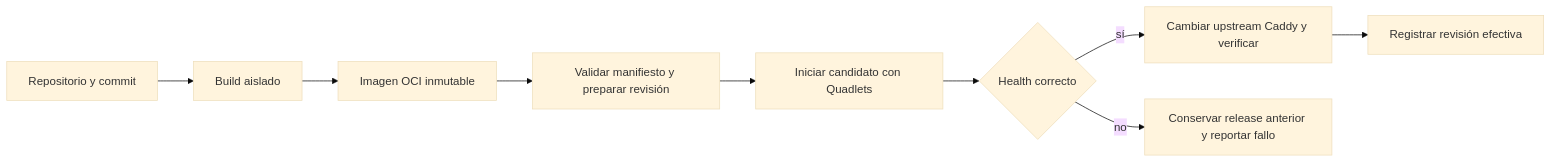
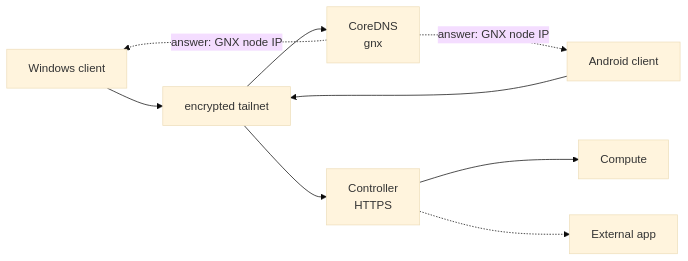
One commit to mayas-alas/quetzalcoatl changed the first of 2 diagrams in docs/POC.md. Above: the diagram before and after it, drawn with Mermaid (base theme). The commit also changed other lines of this file and 1 other file, not shown here.

````diff
--- a/docs/POC.md
+++ b/docs/POC.md
@@ -116,11 +46,13 @@
 ```mermaid
 flowchart LR
-    REPO["Repositorio y commit"] --> BUILD["Build aislado"]
-    BUILD --> IMAGE["Imagen OCI inmutable"]
-    IMAGE --> PLAN["Validar manifiesto y preparar revisión"]
-    PLAN --> START["Iniciar candidato con Quadlets"]
-    START --> HEALTH{"Health correcto"}
-    HEALTH -->|"sí"| SWITCH["Cambiar upstream Caddy y verificar"]
-    HEALTH -->|"no"| KEEP["Conservar release anterior y reportar fallo"]
-    SWITCH --> SAVE["Registrar revisión efectiva"]
+    WIN["Windows client"] --> MESH["encrypted tailnet"]
+    AND["Android client"] --> MESH
+
+    MESH --> DNS["CoreDNS<br/>gnx"]
+    MESH --> CTRL["Controller<br/>HTTPS"]
+
+    DNS -.->|"answer: GNX node IP"| WIN
+    DNS -.->|"answer: GNX node IP"| AND
+    CTRL --> CMP["Compute"]
+    CTRL -.-> APP["External app"]
 ```
````
